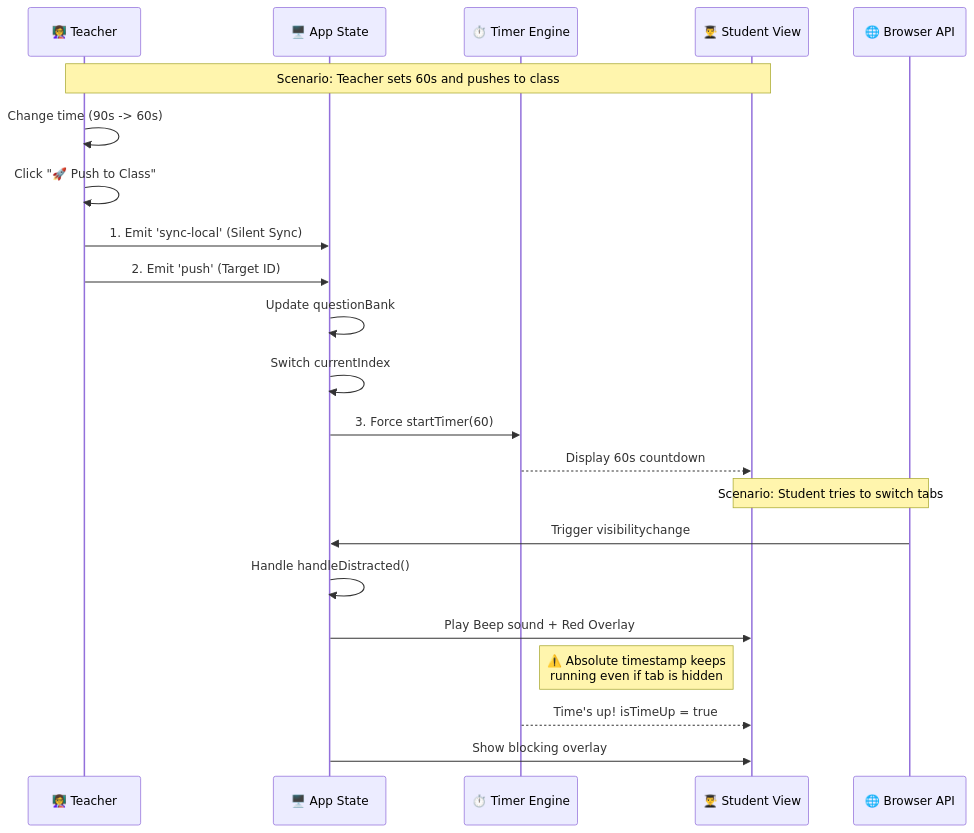
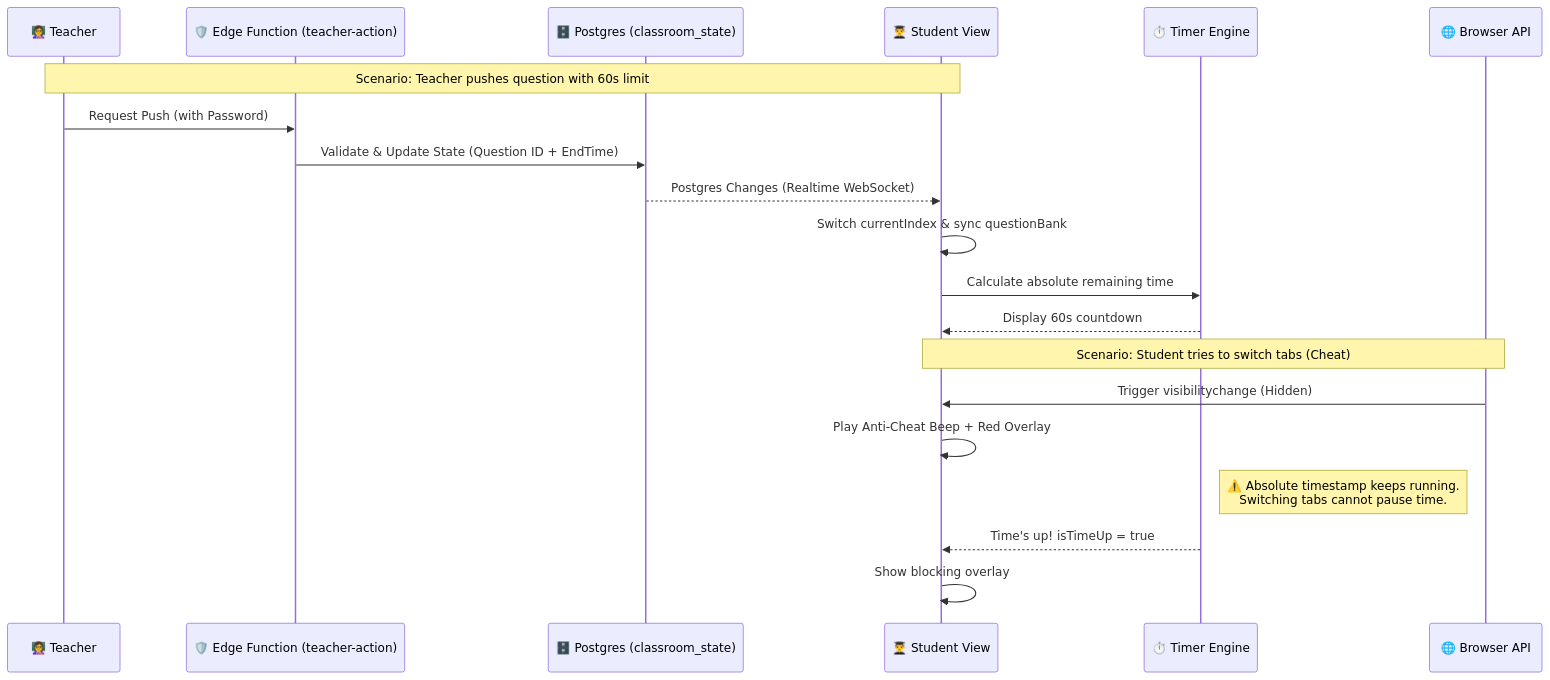
Before and after one commit to ylin3-learner/anime-character-hunter-lite: the third of 3 diagrams in README.md, drawn with Mermaid. The commit also changed other lines of this file and 1 other file, not shown here.

````diff
--- a/README.md
+++ b/README.md
@@ -123,30 +129,27 @@
 ```mermaid
 sequenceDiagram
     participant T as 👩‍🏫 Teacher
-    participant A as 🖥️ App State
+    participant EF as 🛡️ Edge Function (teacher-action)
+    participant DB as 🗄️ Postgres (classroom_state)
+    participant S as 👨‍🎓 Student View
     participant Timer as ⏱️ Timer Engine
-    participant S as 👨‍🎓 Student View
     participant Browser as 🌐 Browser API
 
-    Note over T,S: Scenario: Teacher sets 60s and pushes to class
+    Note over T,S: Scenario: Teacher pushes question with 60s limit
     
-    T->>T: Change time (90s -> 60s)
-    T->>T: Click "🚀 Push to Class"
-    T->>A: 1. Emit 'sync-local' (Silent Sync)
-    T->>A: 2. Emit 'push' (Target ID)
-    
-    A->>A: Update questionBank
-    A->>A: Switch currentIndex
-    A->>Timer: 3. Force startTimer(60)
+    T->>EF: Request Push (with Password)
+    EF->>DB: Validate & Update State (Question ID + EndTime)
+    DB-->>S: Postgres Changes (Realtime WebSocket)
+    S->>S: Switch currentIndex & sync questionBank
+    S->>Timer: Calculate absolute remaining time
     Timer-->>S: Display 60s countdown
 
-    Note over S,Browser: Scenario: Student tries to switch tabs
+    Note over S,Browser: Scenario: Student tries to switch tabs (Cheat)
     
-    Browser->>A: Trigger visibilitychange
-    A->>A: Handle handleDistracted()
-    A->>S: Play Beep sound + Red Overlay
-    Note right of Timer: ⚠️ Absolute timestamp keeps<br>running even if tab is hidden
+    Browser->>S: Trigger visibilitychange (Hidden)
+    S->>S: Play Anti-Cheat Beep + Red Overlay
+    Note right of Timer: ⚠️ Absolute timestamp keeps running.<br>Switching tabs cannot pause time.
     
     Timer-->>S: Time's up! isTimeUp = true
-    A->>S: Show blocking overlay
+    S->>S: Show blocking overlay
 ```
````
